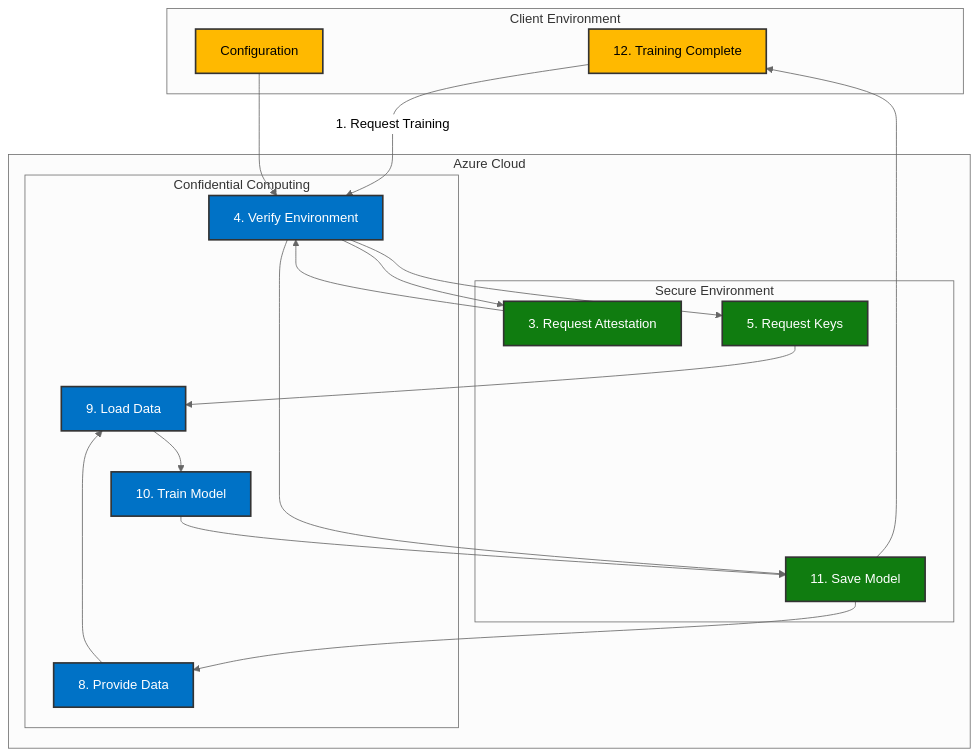
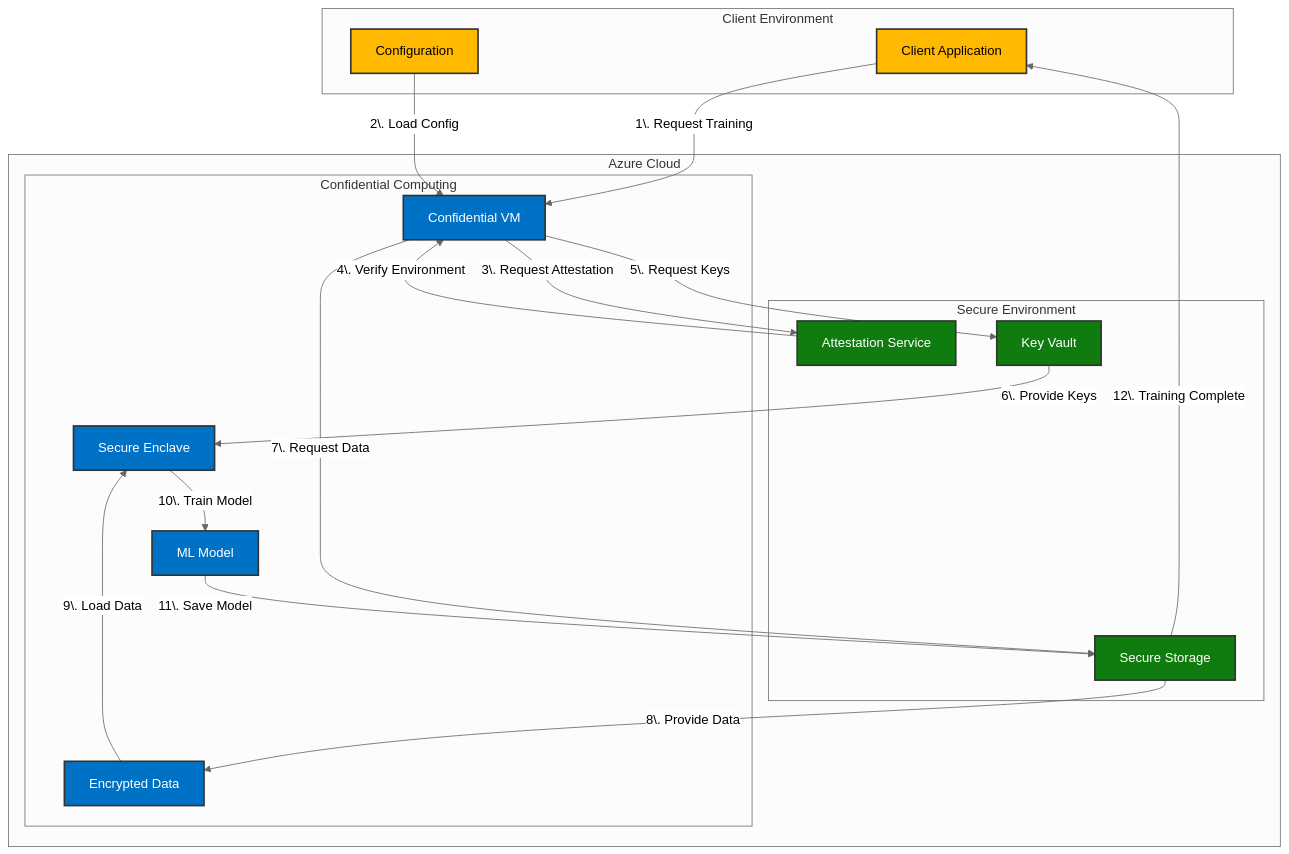
One commit to gitmujoshi/confidentialcomputingplatform changed the diagram in docs/LogicalArchitecture.md. Above: the diagram before and after it, drawn with Mermaid (neutral theme). The commit also changed other lines of this file, not shown here.

Commit message:
updated diagrams

````diff
--- a/docs/LogicalArchitecture.md
+++ b/docs/LogicalArchitecture.md
@@ -9,43 +9,43 @@
 ```mermaid
 flowchart TB
     subgraph ClientEnvironment["Client Environment"]
         Client[Client Application]
         Config[Configuration]
     end
 
     subgraph AzureCloud["Azure Cloud"]
         subgraph SecureEnvironment["Secure Environment"]
             Attest[Attestation Service]
             KeyVault[Key Vault]
             Storage[Secure Storage]
         end
 
         subgraph ConfidentialComputing["Confidential Computing"]
             VM[Confidential VM]
             Enclave[Secure Enclave]
             Model[ML Model]
             Data[Encrypted Data]
         end
     end
 
-    Client --> |"1. Request Training"|VM
-    Config --> VM["2. Load Config"]
-    VM --> Attest["3. Request Attestation"]
-    Attest --> VM["4. Verify Environment"]
-    VM --> KeyVault["5. Request Keys"]
-    KeyVault --> Enclave["6. Provide Keys"]
-    VM --> Storage["7. Request Data"]
-    Storage --> Data["8. Provide Data"]
-    Data --> Enclave["9. Load Data"]
-    Enclave --> Model["10. Train Model"]
-    Model --> Storage["11. Save Model"]
-    Storage --> Client["12. Training Complete"]
+    Client --> |1\. Request Training|VM
+    Config --> |2\. Load Config|VM
+    VM --> |3\. Request Attestation|Attest
+    Attest --> |4\. Verify Environment|VM
+    VM --> |5\. Request Keys|KeyVault
+    KeyVault --> |6\. Provide Keys|Enclave
+    VM --> |7\. Request Data|Storage
+    Storage --> |8\. Provide Data|Data
+    Data --> |9\. Load Data|Enclave
+    Enclave --> |10\. Train Model|Model
+    Model --> |11\. Save Model|Storage
+    Storage --> |12\. Training Complete|Client
 
     classDef azure fill:#0072C6,stroke:#333,stroke-width:2px,color:white
     classDef secure fill:#107C10,stroke:#333,stroke-width:2px,color:white
     classDef client fill:#FFB900,stroke:#333,stroke-width:2px,color:black
 
     class Client,Config client
     class Attest,KeyVault,Storage secure
     class VM,Enclave,Model,Data azure
 ```
````
